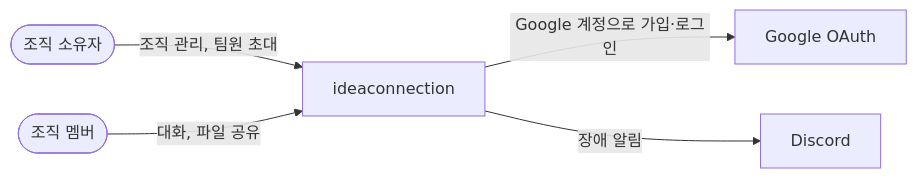
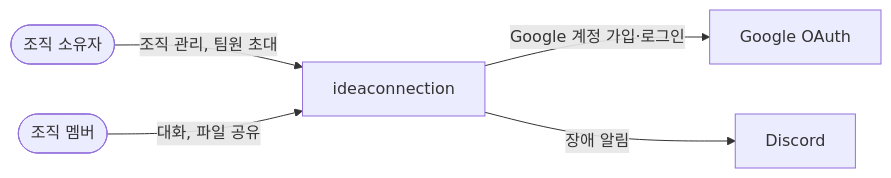
One commit to ktcloud-cloudnative-2026/team03-HelloCloud changed the first of 4 diagrams in docs/architecture.md. Above: the diagram before and after it, drawn with Mermaid. The commit also changed other lines of this file and 4 other files, not shown here.

````diff
--- a/docs/architecture.md
+++ b/docs/architecture.md
@@ -11,7 +11,7 @@
 ```mermaid
 flowchart LR
   owner([조직 소유자]) -->|조직 관리, 팀원 초대| svc[ideaconnection]
   member([조직 멤버]) -->|대화, 파일 공유| svc
-  svc -->|Google 계정으로 가입·로그인| gg[Google OAuth]
+  svc -->|Google 계정 가입·로그인| gg[Google OAuth]
   svc -->|장애 알림| dc[Discord]
 ```
````
